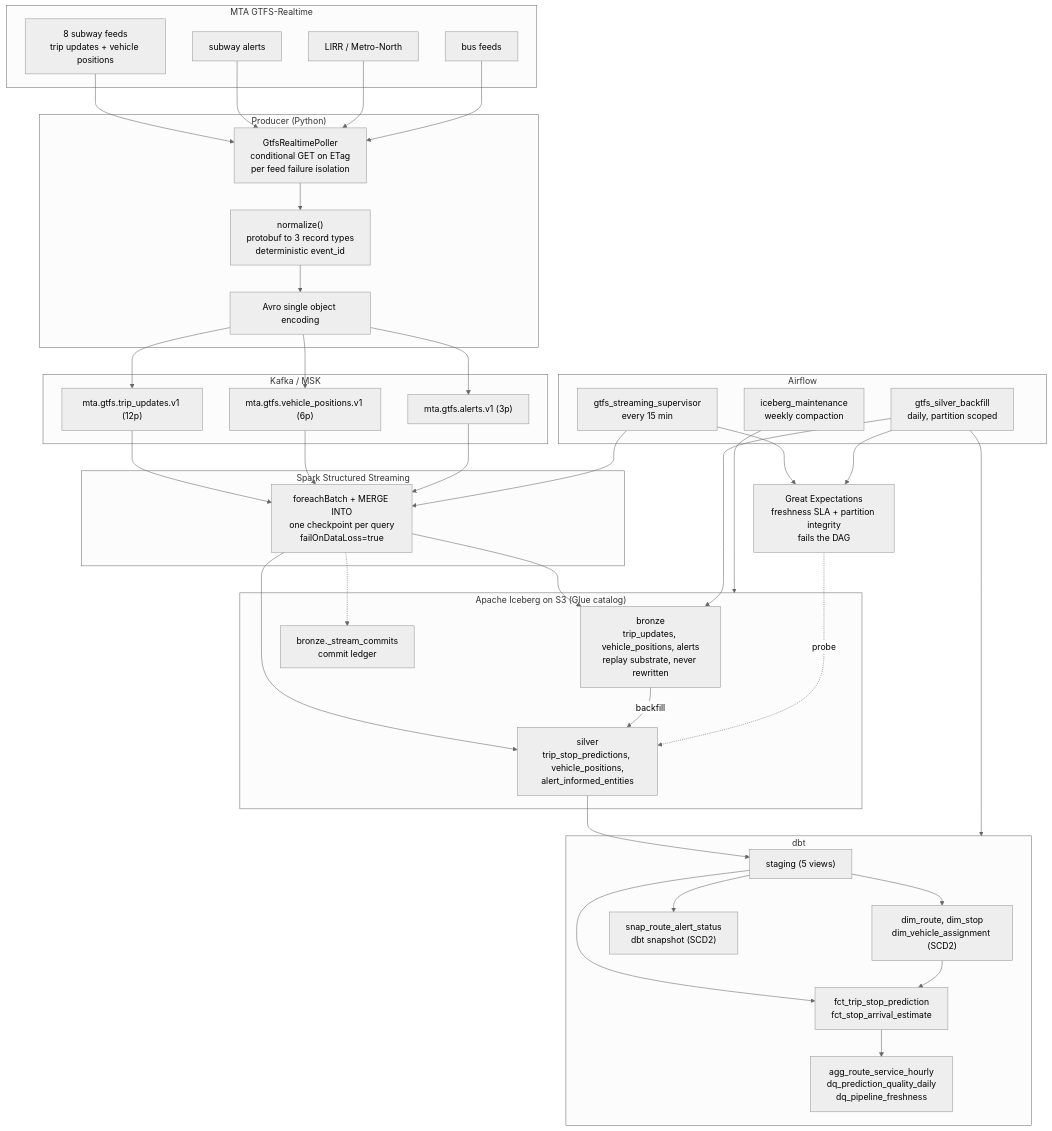
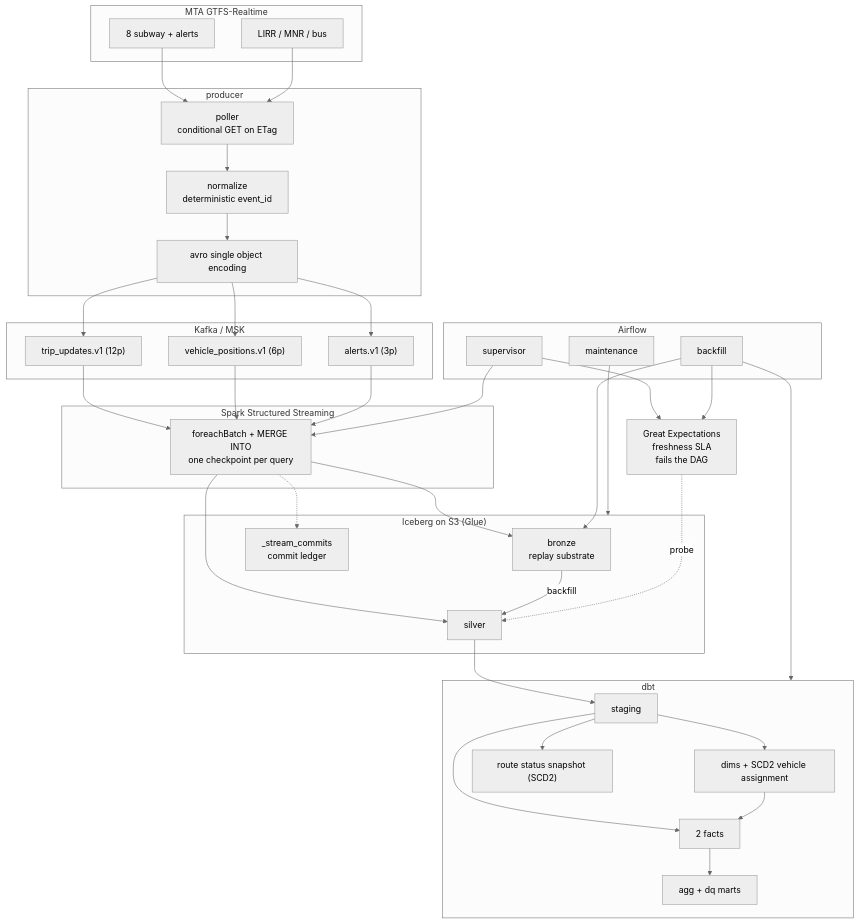
Before and after one commit to husseinmohab/nyc-transit-lakehouse: the diagram in README.md, drawn with Mermaid (neutral theme). The commit also changed other lines of this file and 2 other files, not shown here.

````diff
--- a/README.md
+++ b/README.md
@@ -11,65 +13,63 @@
 ```mermaid
 flowchart TB
     subgraph src["MTA GTFS-Realtime"]
-        F1["8 subway feeds<br/>trip updates + vehicle positions"]
-        F2["subway alerts"]
-        F3["LIRR / Metro-North"]
-        F4["bus feeds"]
+        F1["8 subway + alerts"]
+        F2["LIRR / MNR / bus"]
     end
 
-    subgraph ingest["Producer (Python)"]
-        P["GtfsRealtimePoller<br/>conditional GET on ETag<br/>per feed failure isolation"]
-        N["normalize()<br/>protobuf to 3 record types<br/>deterministic event_id"]
-        A["Avro single object encoding"]
+    subgraph ingest["producer"]
+        P["poller<br/>conditional GET on ETag"]
+        N["normalize<br/>deterministic event_id"]
+        A["avro single object encoding"]
     end
 
     subgraph kafka["Kafka / MSK"]
-        K1["mta.gtfs.trip_updates.v1 (12p)"]
-        K2["mta.gtfs.vehicle_positions.v1 (6p)"]
-        K3["mta.gtfs.alerts.v1 (3p)"]
+        K1["trip_updates.v1 (12p)"]
+        K2["vehicle_positions.v1 (6p)"]
+        K3["alerts.v1 (3p)"]
     end
 
     subgraph spark["Spark Structured Streaming"]
-        S["foreachBatch + MERGE INTO<br/>one checkpoint per query<br/>failOnDataLoss=true"]
+        S["foreachBatch + MERGE INTO<br/>one checkpoint per query"]
     end
 
-    subgraph lake["Apache Iceberg on S3 (Glue catalog)"]
-        B["bronze<br/>trip_updates, vehicle_positions, alerts<br/>replay substrate, never rewritten"]
-        SI["silver<br/>trip_stop_predictions, vehicle_positions,<br/>alert_informed_entities"]
-        L["bronze._stream_commits<br/>commit ledger"]
+    subgraph lake["Iceberg on S3 (Glue)"]
+        B["bronze<br/>replay substrate"]
+        SI["silver"]
+        L["_stream_commits<br/>commit ledger"]
     end
 
     subgraph dbt["dbt"]
-        ST["staging (5 views)"]
-        DIM["dim_route, dim_stop<br/>dim_vehicle_assignment (SCD2)"]
-        SNAP["snap_route_alert_status<br/>dbt snapshot (SCD2)"]
-        FCT["fct_trip_stop_prediction<br/>fct_stop_arrival_estimate"]
-        AGG["agg_route_service_hourly<br/>dq_prediction_quality_daily<br/>dq_pipeline_freshness"]
+        ST["staging"]
+        DIM["dims + SCD2 vehicle assignment"]
+        SNAP["route status snapshot (SCD2)"]
+        FCT["2 facts"]
+        AGG["agg + dq marts"]
     end
 
     subgraph orch["Airflow"]
-        D1["gtfs_streaming_supervisor<br/>every 15 min"]
-        D2["gtfs_silver_backfill<br/>daily, partition scoped"]
-        D3["iceberg_maintenance<br/>weekly compaction"]
+        D1["supervisor"]
+        D2["backfill"]
+        D3["maintenance"]
     end
 
-    GE["Great Expectations<br/>freshness SLA + partition integrity<br/>fails the DAG"]
+    GE["Great Expectations<br/>freshness SLA<br/>fails the DAG"]
 
-    F1 & F2 & F3 & F4 --> P --> N --> A
+    F1 & F2 --> P --> N --> A
     A --> K1 & K2 & K3
     K1 & K2 & K3 --> S
     S --> B
     S --> SI
     S -.-> L
     B -->|backfill| SI
     SI --> ST --> DIM & FCT
     DIM --> FCT --> AGG
     ST --> SNAP
     D1 --> S
     D1 --> GE
     D2 --> B
     D2 --> GE
     D2 --> dbt
     D3 --> lake
     GE -.->|probe| SI
 ```
````
